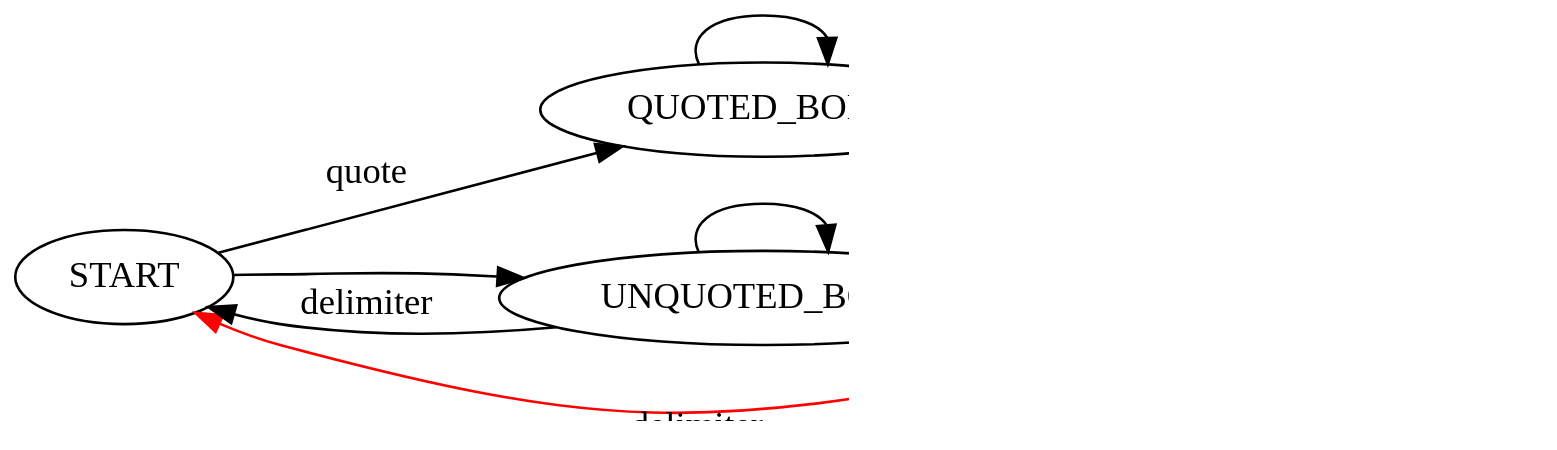
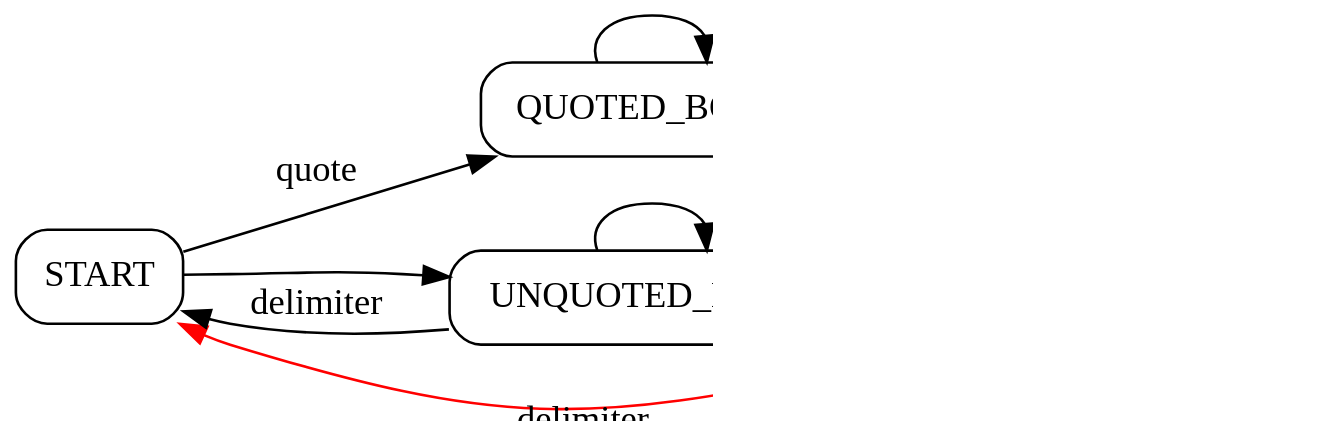
The fourth of 8 diagrams in slides05/src/main/asciidoc/lecture.adoc (inponomarev/java-mipt), drawn with Graphviz before and after one commit. The commit also changed other lines of this file and 2 other files, not shown here.

```diff
--- a/slides05/src/main/asciidoc/lecture.adoc
+++ b/slides05/src/main/asciidoc/lecture.adoc
@@ -216,16 +216,17 @@
-[graphviz, "quote_read.png"]
+[graphviz,quote_read]
 ----
 digraph G {
   graph [ dpi = 140 ];
+  node[shape=block, style="rounded"];
   rankdir="LR";
   START -> QUOTED_BODY [label="quote"];
   QUOTED_BODY -> QUOTE_READ [label="quote"];
-  QUOTE_READ [style="filled",color="yellow", fillcolor="yellow"]
+  QUOTE_READ [style="rounded,filled", fillcolor="yellow"]
   QUOTED_BODY -> QUOTED_BODY [label = ""];
   QUOTE_READ -> QUOTED_BODY [label="quote", color="red"];
   START -> UNQUOTED_BODY;
   UNQUOTED_BODY -> UNQUOTED_BODY;
   QUOTE_READ -> START [xlabel="delimiter", color="red"]
   UNQUOTED_BODY -> START [label="delimiter"]
 }
 ----
```
